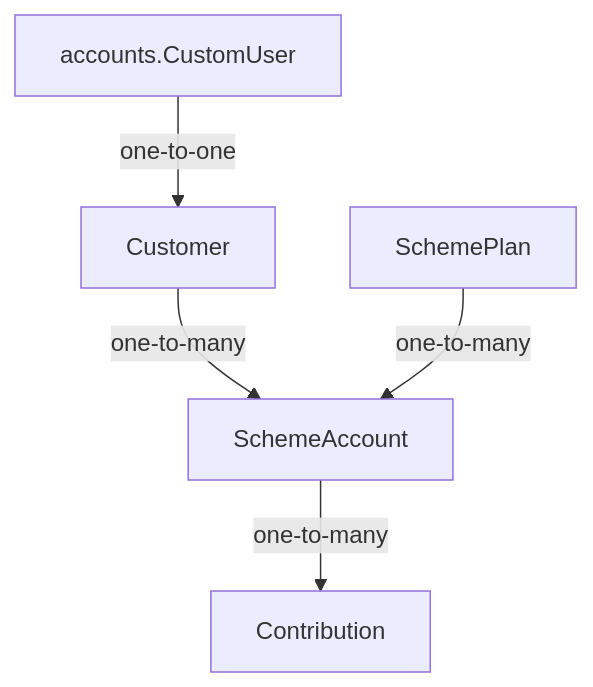
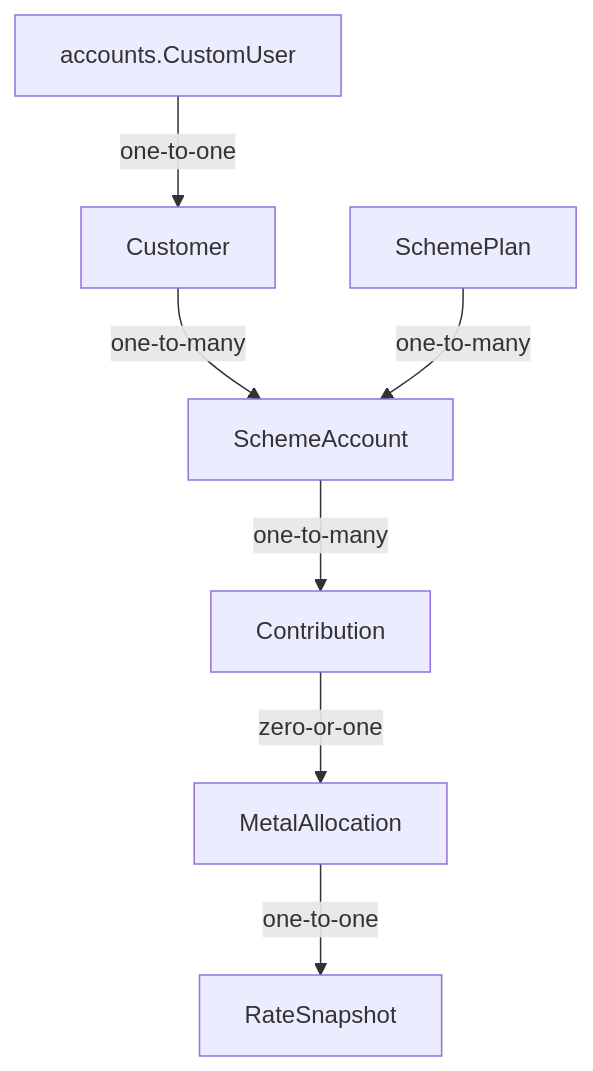
One commit to rajeshr188/jsk-ss changed the diagram in docs/ARCHITECTURE.md. Above: the diagram before and after it, drawn with Mermaid. The commit also changed other lines of this file and 22 other files, not shown here.

Commit message:
Complete mock metal allocation milestone

````diff
--- a/docs/ARCHITECTURE.md
+++ b/docs/ARCHITECTURE.md
@@ -15,7 +15,9 @@
 ```mermaid
 graph TD
   U[accounts.CustomUser] -->|one-to-one| C[Customer]
   C -->|one-to-many| A[SchemeAccount]
   P[SchemePlan] -->|one-to-many| A
   A -->|one-to-many| N[Contribution]
+  N -->|zero-or-one| M[MetalAllocation]
+  M -->|one-to-one| R[RateSnapshot]
 ```
````
